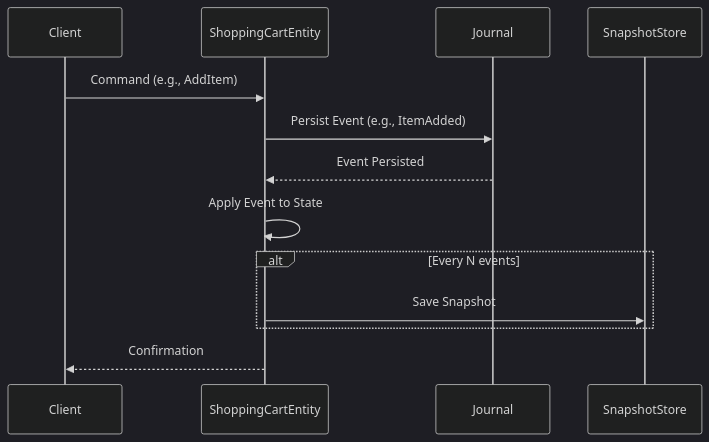
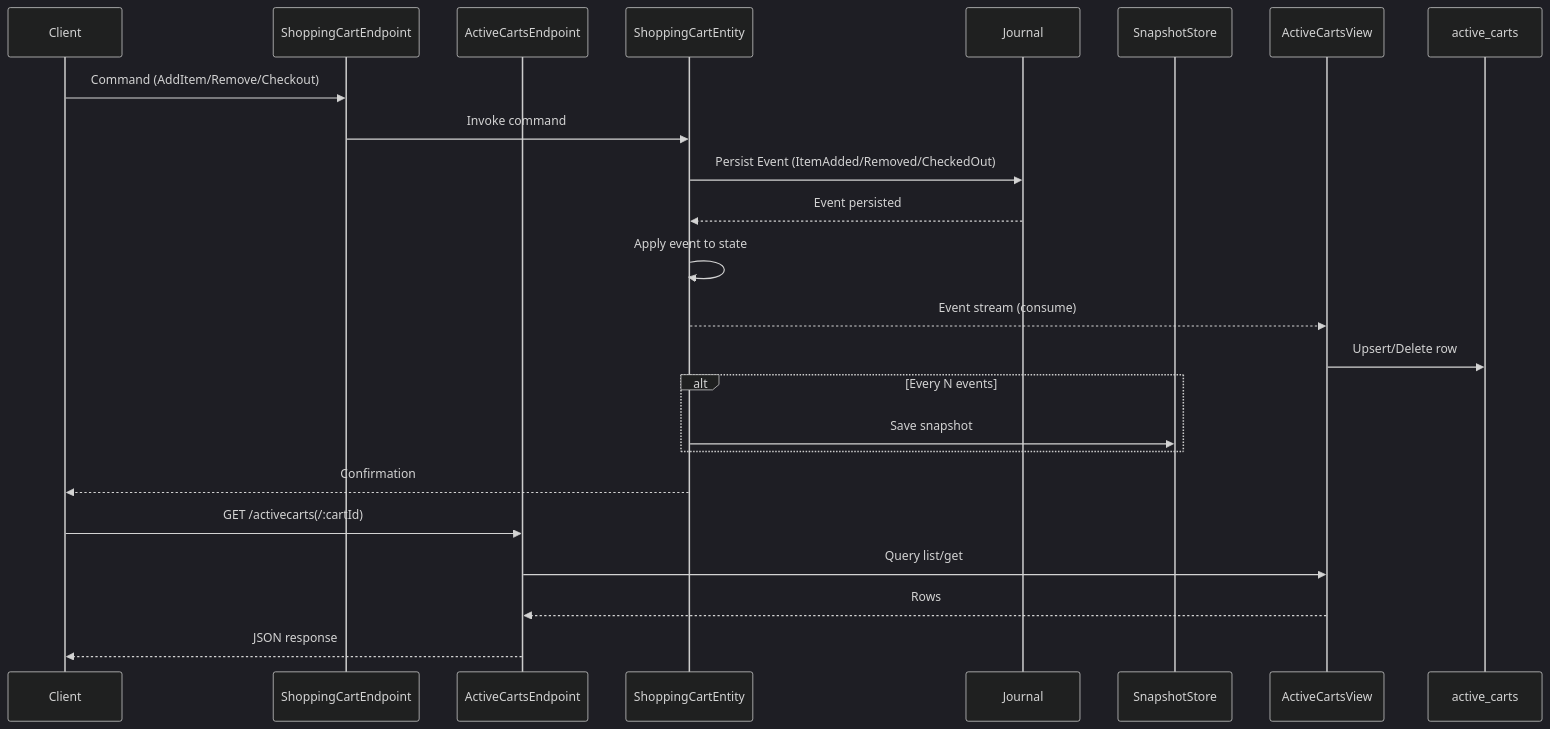
The diagram in README.md (PradeepLoganathan/ShoppingCart-Akka), drawn with Mermaid (dark theme) before and after one commit. The commit also changed other lines of this file and 6 other files, not shown here.

Commit message:
Added a view and projection to list active carts

````diff
--- a/README.md
+++ b/README.md
@@ -13,16 +13,28 @@
 ```mermaid
 sequenceDiagram
     participant Client
+    participant ShoppingCartEndpoint
+    participant ActiveCartsEndpoint
     participant ShoppingCartEntity
     participant Journal
     participant SnapshotStore
+    participant ActiveCartsView
+    participant ViewTable as active_carts
 
-    Client->>ShoppingCartEntity: Command (e.g., AddItem)
-    ShoppingCartEntity->>Journal: Persist Event (e.g., ItemAdded)
-    Journal-->>ShoppingCartEntity: Event Persisted
-    ShoppingCartEntity->>ShoppingCartEntity: Apply Event to State
+    Client->>ShoppingCartEndpoint: Command (AddItem/Remove/Checkout)
+    ShoppingCartEndpoint->>ShoppingCartEntity: Invoke command
+    ShoppingCartEntity->>Journal: Persist Event (ItemAdded/Removed/CheckedOut)
+    Journal-->>ShoppingCartEntity: Event persisted
+    ShoppingCartEntity->>ShoppingCartEntity: Apply event to state
+    ShoppingCartEntity-->>ActiveCartsView: Event stream (consume)
+    ActiveCartsView->>ViewTable: Upsert/Delete row
     alt Every N events
-        ShoppingCartEntity->>SnapshotStore: Save Snapshot
+        ShoppingCartEntity->>SnapshotStore: Save snapshot
     end
     ShoppingCartEntity-->>Client: Confirmation
+
+    Client->>ActiveCartsEndpoint: GET /activecarts(/:cartId)
+    ActiveCartsEndpoint->>ActiveCartsView: Query list/get
+    ActiveCartsView-->>ActiveCartsEndpoint: Rows
+    ActiveCartsEndpoint-->>Client: JSON response
 ```
````
